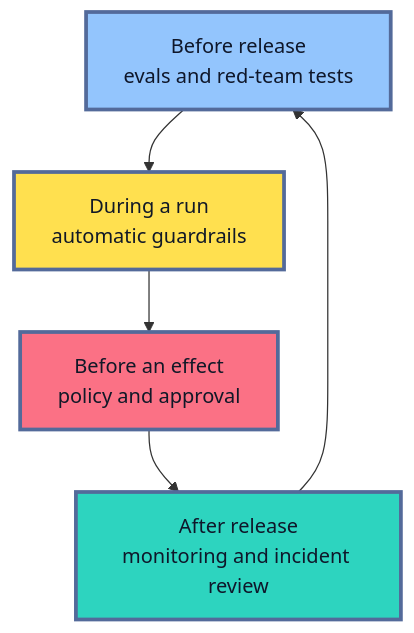
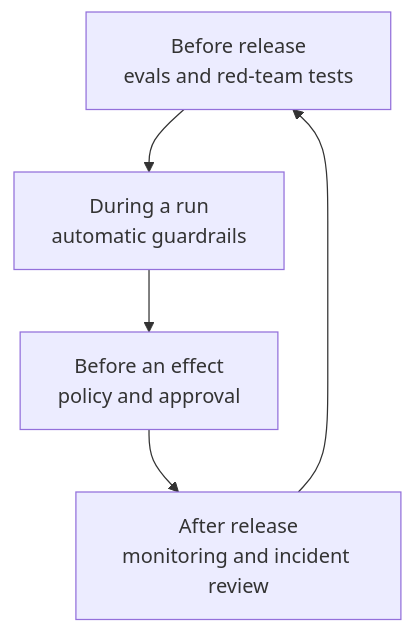
One commit to senlinyy/dev-roadmaps changed the second of 4 diagrams in roadmaps/mlops/modules/llmops/safety-and-governance/03-guardrails-and-risk.md. Above: the diagram before and after it, drawn with Mermaid. The commit also changed other lines of this file and 152 other files, not shown here.

Commit message:
feat: mlops and diagrams updated

````diff
--- a/roadmaps/mlops/modules/llmops/safety-and-governance/03-guardrails-and-risk.md
+++ b/roadmaps/mlops/modules/llmops/safety-and-governance/03-guardrails-and-risk.md
@@ -76,16 +72,12 @@
 ```mermaid
 flowchart TD
     A["Before release<br/>evals and red-team tests"] --> B["During a run<br/>automatic guardrails"]
     B --> C["Before an effect<br/>policy and approval"]
     C --> D["After release<br/>monitoring and incident review"]
     D --> A
 
-    classDef prerelease fill:#93C5FD,stroke:#536A9A,stroke-width:3px,color:#0F172A
-    classDef runtime fill:#FFE04F,stroke:#536A9A,stroke-width:3px,color:#111827
-    classDef decision fill:#FB7185,stroke:#536A9A,stroke-width:3px,color:#111827
-    classDef learning fill:#2DD4BF,stroke:#536A9A,stroke-width:3px,color:#0F172A
     class A prerelease
     class B runtime
     class C decision
     class D learning
 ```
````
